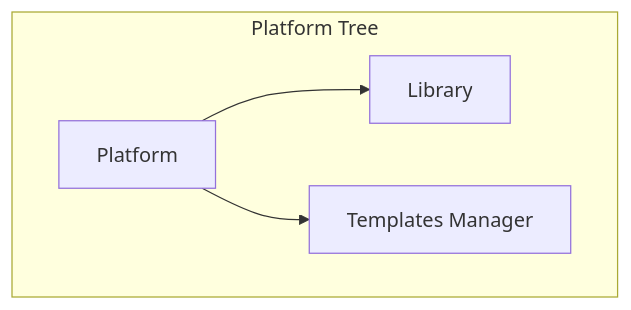
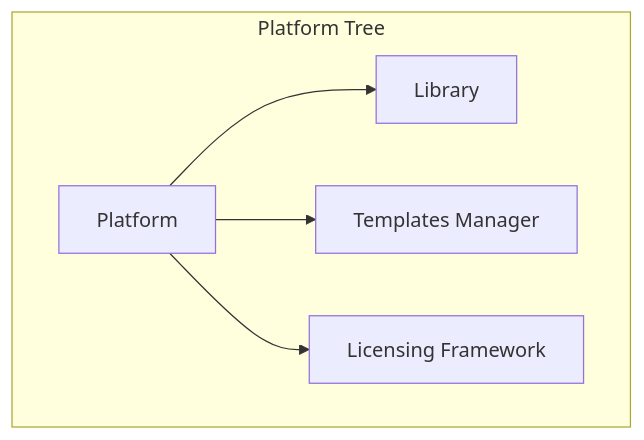
The sixth of 11 diagrams in docs/credential-based-authorization.md (alkem-io/server), drawn with Mermaid before and after one commit. The commit also changed other lines of this file and 1 other file, not shown here.

````diff
--- a/docs/credential-based-authorization.md
+++ b/docs/credential-based-authorization.md
@@ -225,7 +228,8 @@
 ```mermaid
 graph TD
     subgraph "Platform Tree"
         Platform --> Library;
         Platform --> TM["Templates Manager"];
+        Platform --> LicensingFramework["Licensing Framework"];
     end
 ```
````
